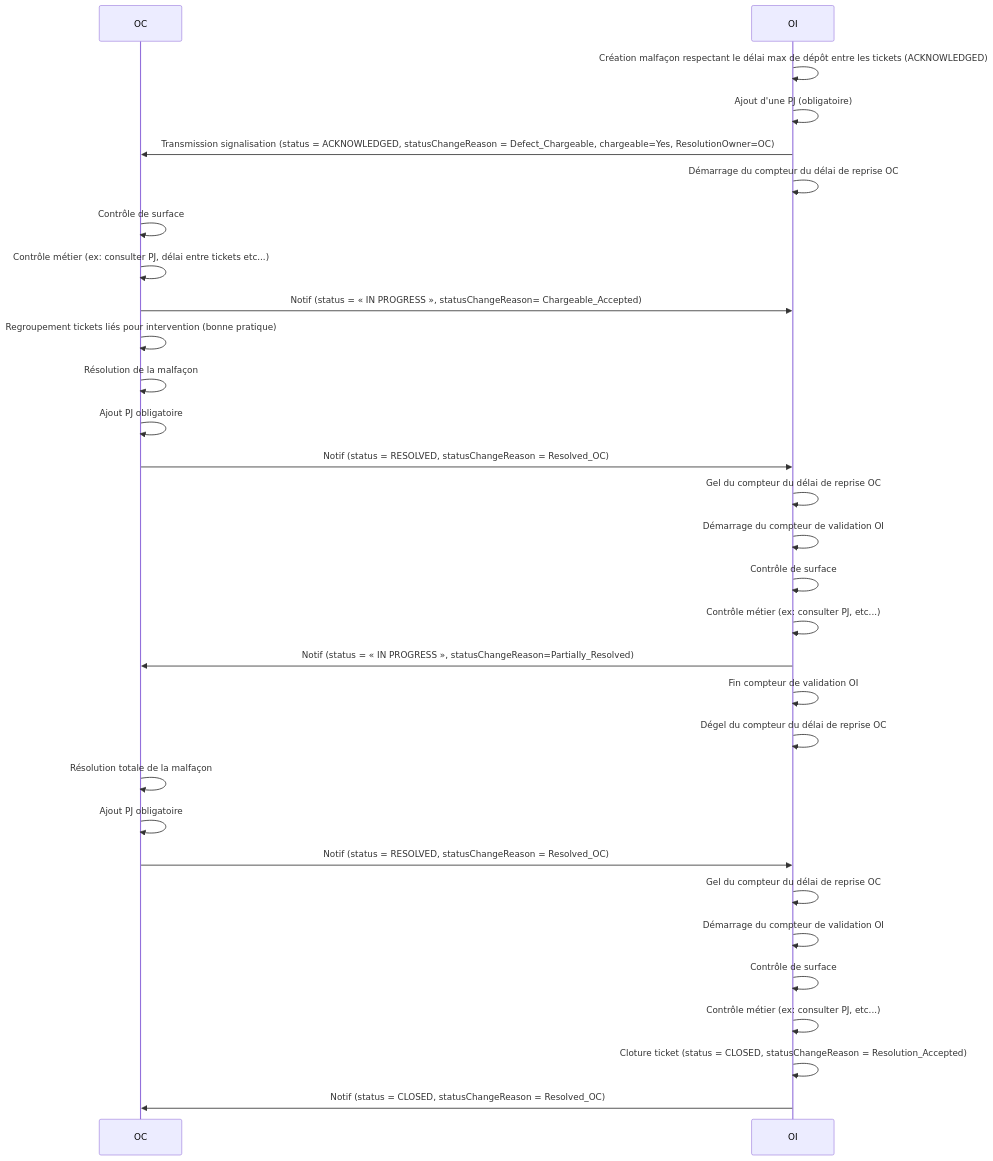
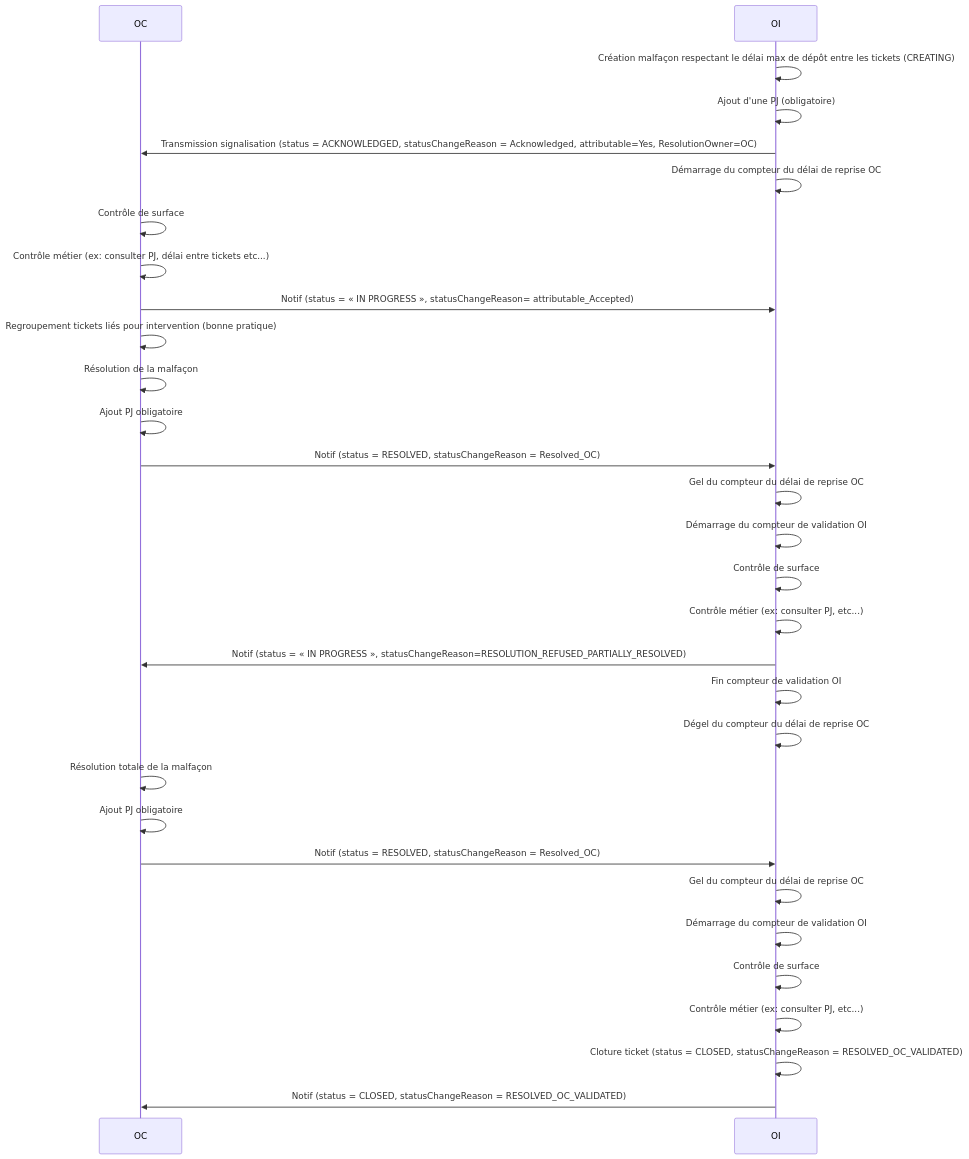
One commit to before-interop/malfacon changed the seventh of 12 diagrams in README.md. Above: the diagram before and after it, drawn with Mermaid. The commit also changed other lines of this file and 6 other files, not shown here.

````diff
--- a/README.md
+++ b/README.md
@@ -490,35 +576,34 @@
 ```mermaid
 sequenceDiagram
 
   participant OC
   participant OI
 
-
-  OI->>OI: Création malfaçon respectant le délai max de dépôt entre les tickets (ACKNOWLEDGED)
+  OI->>OI: Création malfaçon respectant le délai max de dépôt entre les tickets (CREATING)
   OI->>OI: Ajout d'une PJ (obligatoire)
-  OI->>OC: Transmission signalisation (status = ACKNOWLEDGED, statusChangeReason = Defect_Chargeable, chargeable=Yes, ResolutionOwner=OC)
+  OI->>OC: Transmission signalisation (status = ACKNOWLEDGED, statusChangeReason = Acknowledged, attributable=Yes, ResolutionOwner=OC)
   OI->>OI: Démarrage du compteur du délai de reprise OC
   OC->>OC: Contrôle de surface
   OC->>OC: Contrôle métier (ex: consulter PJ, délai entre tickets etc...)
-  OC->>OI: Notif (status = « IN PROGRESS », statusChangeReason= Chargeable_Accepted)
+  OC->>OI: Notif (status = « IN PROGRESS », statusChangeReason= attributable_Accepted)
   OC->>OC: Regroupement tickets liés pour intervention (bonne pratique)
   OC->>OC: Résolution de la malfaçon
   OC->>OC: Ajout PJ obligatoire
   OC->>OI: Notif (status = RESOLVED, statusChangeReason = Resolved_OC)
   OI->>OI: Gel du compteur du délai de reprise OC
   OI->>OI: Démarrage du compteur de validation OI
   OI->>OI: Contrôle de surface
   OI->>OI: Contrôle métier (ex: consulter PJ, etc...)
-  OI->>OC: Notif (status = « IN PROGRESS », statusChangeReason=Partially_Resolved)
+  OI->>OC: Notif (status = « IN PROGRESS », statusChangeReason=RESOLUTION_REFUSED_PARTIALLY_RESOLVED)
   OI->>OI: Fin compteur de validation OI
   OI->>OI: Dégel du compteur du délai de reprise OC
   OC->>OC: Résolution totale de la malfaçon
   OC->>OC: Ajout PJ obligatoire
   OC->>OI: Notif (status = RESOLVED, statusChangeReason = Resolved_OC)
   OI->>OI: Gel du compteur du délai de reprise OC
   OI->>OI: Démarrage du compteur de validation OI
   OI->>OI: Contrôle de surface
   OI->>OI: Contrôle métier (ex: consulter PJ, etc...)
-  OI->>OI: Cloture ticket (status = CLOSED, statusChangeReason = Resolution_Accepted)
-  OI->>OC: Notif (status = CLOSED, statusChangeReason = Resolved_OC)
+  OI->>OI: Cloture ticket (status = CLOSED, statusChangeReason = RESOLVED_OC_VALIDATED)
+  OI->>OC: Notif (status = CLOSED, statusChangeReason = RESOLVED_OC_VALIDATED)
 ```
````
